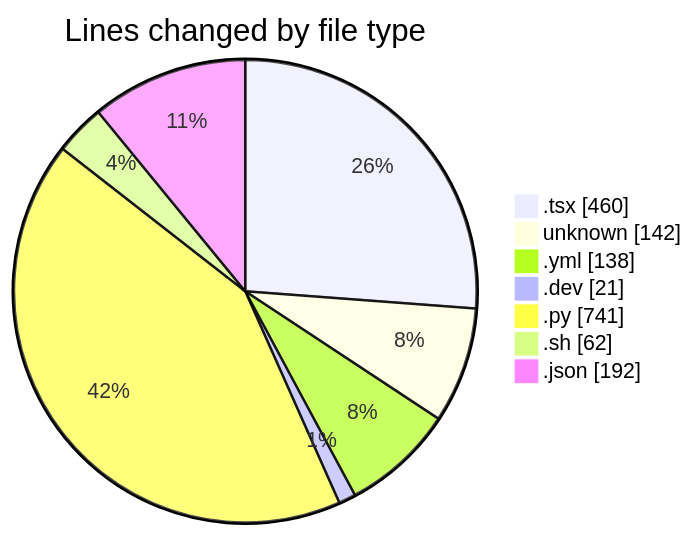
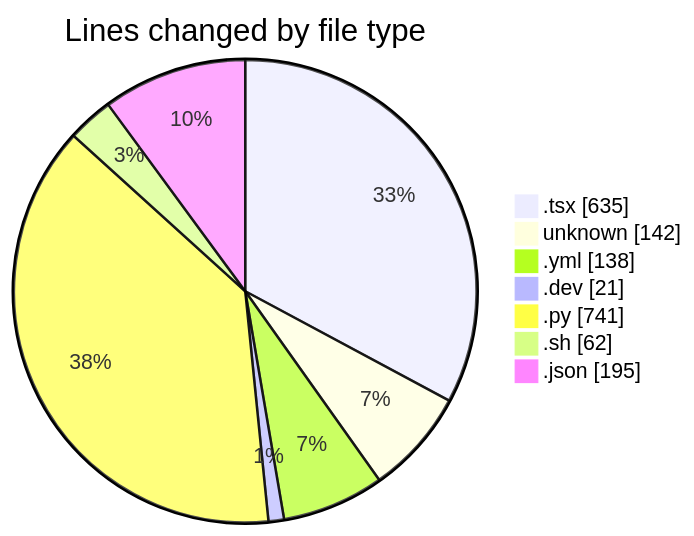
Before and after one commit to Elitesun/code-tracking: the first of 2 diagrams in 2025-05-18/niten/README.md, drawn with Mermaid. The commit also changed other lines of this file and 1 other file, not shown here.

````diff
--- a/2025-05-18/niten/README.md
+++ b/2025-05-18/niten/README.md
@@ -34,11 +36,11 @@
 ```mermaid
 pie showData
 title Lines changed by file type
-".tsx" : 460
+".tsx" : 635
 "unknown" : 142
 ".yml" : 138
 ".dev" : 21
 ".py" : 741
 ".sh" : 62
-".json" : 192
+".json" : 195
 ```
````
